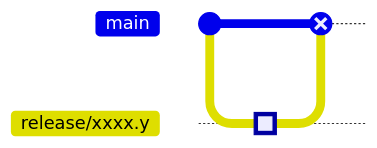
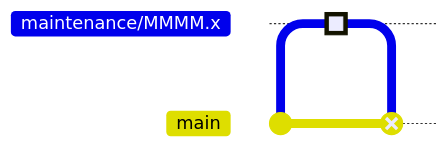
The third of 3 diagrams in website/dev/release/steps/01-create-branch.mdx (CoreMedia/coremedia-globallink-connect-integration), drawn with Mermaid before and after one commit. The commit also changed other lines of this file and 4 other files, not shown here. Commit ids are hidden.

````diff
--- a/website/dev/release/steps/01-create-branch.mdx
+++ b/website/dev/release/steps/01-create-branch.mdx
@@ -118,12 +129,14 @@
 ```mermaid
 ---
 config:
   theme: 'default'
+  gitGraph:
+    mainBranchOrder: 97
 ---
 gitGraph:
-  commit
-  branch "release/xxxx.y"
-  commit type: HIGHLIGHT
+  commit id: " "
+  branch "maintenance/MMMM.x"
+  commit id: "adaptations" type: HIGHLIGHT
   checkout main
-  merge "release/xxxx.y" id: "GitHub PR for Review" type: REVERSE
+  merge "maintenance/MMMM.x" id: "PR for Review" type: REVERSE
 ```
````
